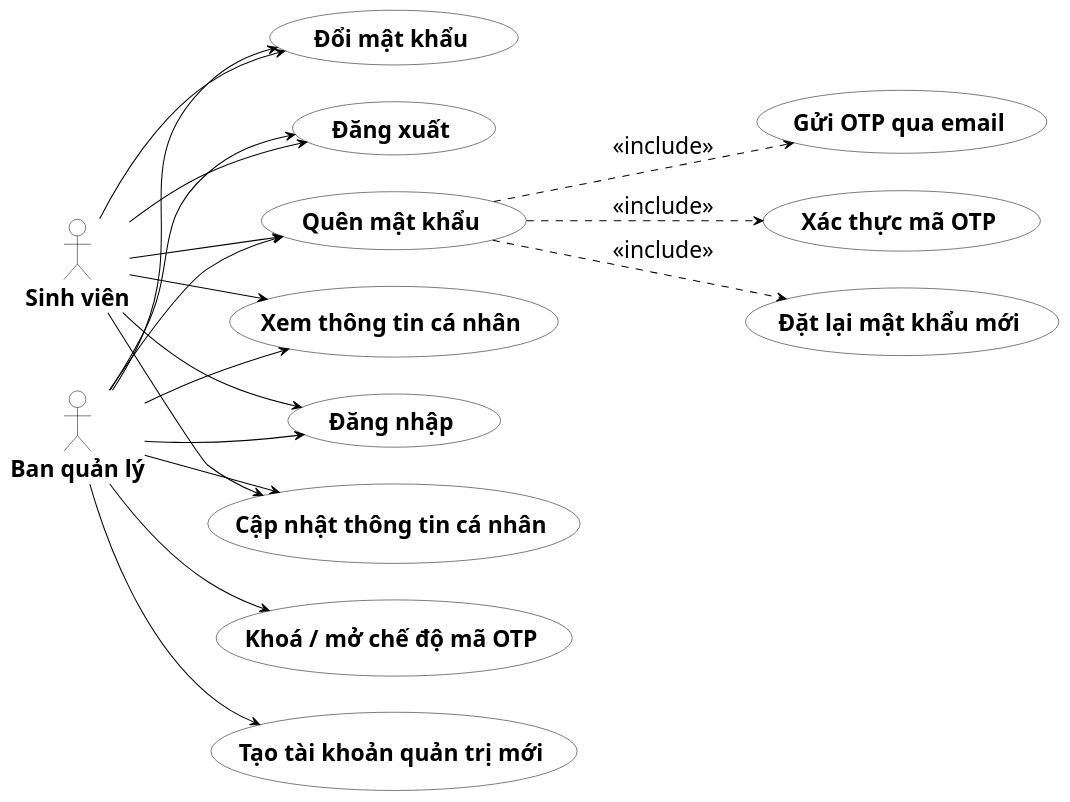
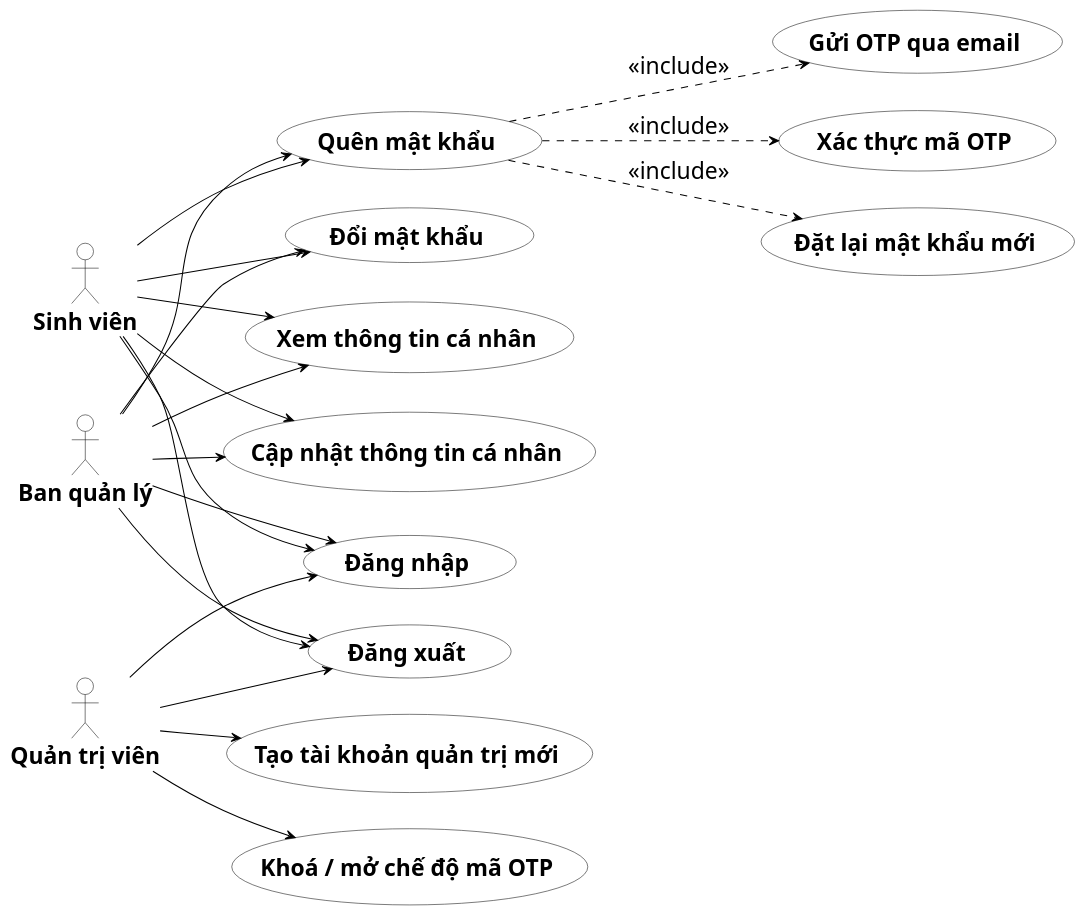
Before and after one commit to s0nbuildtech287/dormitory-frontend: the diagram in diagrams/usecase_phanra/uc_taikhoan.puml, drawn with PlantUML. The commit also changed 1 other file, not shown here.

```diff
--- a/diagrams/usecase_phanra/uc_taikhoan.puml
+++ b/diagrams/usecase_phanra/uc_taikhoan.puml
@@ -1,51 +1,55 @@
 @startuml "UC Phân rã - Quản lý tài khoản"
 skinparam defaultFontSize 22
 skinparam defaultFontName "Times New Roman"
 left to right direction
 skinparam usecase {
   BackgroundColor White
   BorderColor Black
   ArrowColor Black
 }
 skinparam actor {
   BackgroundColor White
   BorderColor Black
 }
 
 actor "<b>Ban quản lý</b>" as Admin
+actor "<b>Quản trị viên</b>" as SuperAdmin
 actor "<b>Sinh viên</b>" as SV
 
 usecase "<b>Xem thông tin cá nhân</b>" as UC1
 usecase "<b>Cập nhật thông tin cá nhân</b>" as UC2
 usecase "<b>Đổi mật khẩu</b>" as UC3
 usecase "<b>Tạo tài khoản quản trị mới</b>" as UC4
 usecase "<b>Khoá / mở chế độ mã OTP</b>" as UC5
 
 usecase "<b>Đăng nhập</b>" as UC6
 usecase "<b>Đăng xuất</b>" as UC7
 usecase "<b>Quên mật khẩu</b>" as UC8
 usecase "<b>Gửi OTP qua email</b>" as UC9
 usecase "<b>Xác thực mã OTP</b>" as UC10
 usecase "<b>Đặt lại mật khẩu mới</b>" as UC11
 
 Admin --> UC1
 Admin --> UC2
 Admin --> UC3
-Admin --> UC4
-Admin --> UC5
 Admin --> UC6
 Admin --> UC7
 Admin --> UC8
+
+SuperAdmin --> UC4
+SuperAdmin --> UC5
+SuperAdmin --> UC6
+SuperAdmin --> UC7
 
 SV --> UC6
 SV --> UC7
 SV --> UC8
 
 SV --> UC1
 SV --> UC2
 SV --> UC3
 
 UC8 ..> UC9 : <<include>>
 UC8 ..> UC10 : <<include>>
 UC8 ..> UC11 : <<include>>
 @enduml
```
